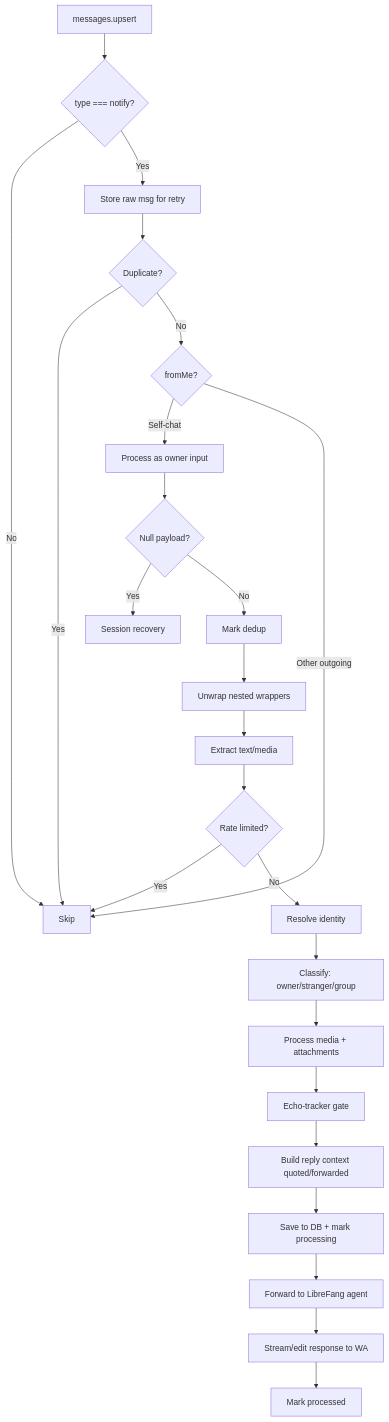
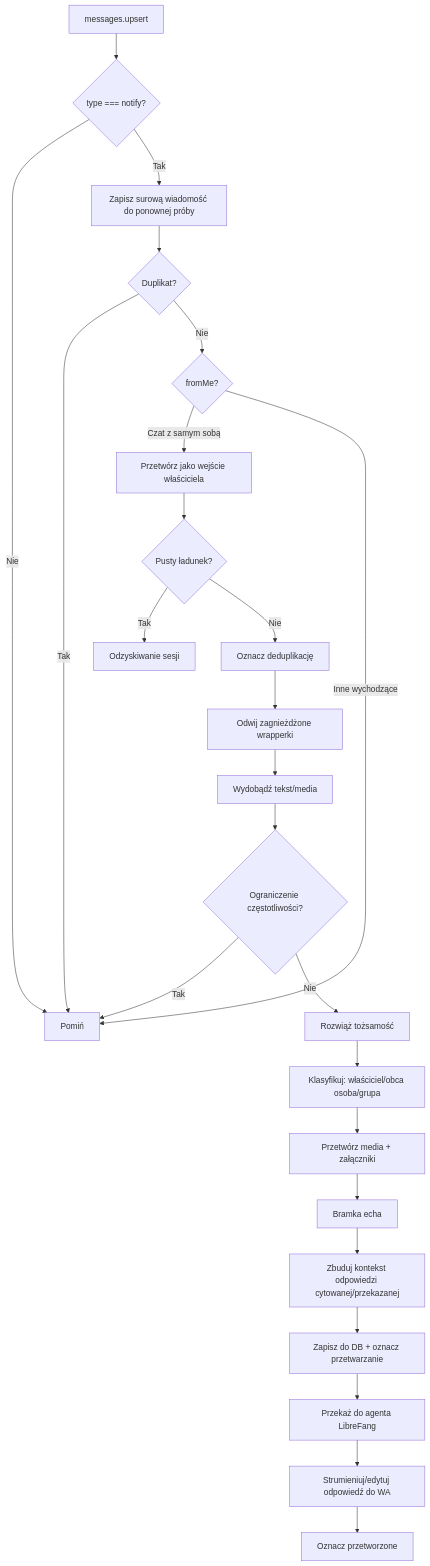
Before and after one commit to leszek3737/librefang-WIki: the second of 2 diagrams in packages-whatsapp-gateway.md, drawn with Mermaid. The commit also changed other lines of this file and 104 other files, not shown here.

````diff
--- a/packages-whatsapp-gateway.md
+++ b/packages-whatsapp-gateway.md
@@ -125,27 +125,27 @@
 ```mermaid
 graph TD
     A[messages.upsert] --> B{type === notify?}
-    B -->|No| Z[Skip]
-    B -->|Yes| C[Store raw msg for retry]
-    C --> D{Duplicate?}
-    D -->|Yes| Z
-    D -->|No| E{fromMe?}
-    E -->|Self-chat| F[Process as owner input]
-    E -->|Other outgoing| Z
-    F --> G{Null payload?}
-    G -->|Yes| H[Session recovery]
-    G -->|No| I[Mark dedup]
-    I --> J[Unwrap nested wrappers]
-    J --> K[Extract text/media]
-    K --> L{Rate limited?}
-    L -->|Yes| Z
-    L -->|No| M[Resolve identity]
-    M --> N[Classify: owner/stranger/group]
-    N --> O[Process media + attachments]
-    O --> P[Echo-tracker gate]
-    P --> Q[Build reply context quoted/forwarded]
-    Q --> R[Save to DB + mark processing]
-    R --> S[Forward to LibreFang agent]
-    S --> T[Stream/edit response to WA]
-    T --> U[Mark processed]
+    B -->|Nie| Z[Pomiń]
+    B -->|Tak| C[Zapisz surową wiadomość do ponownej próby]
+    C --> D{Duplikat?}
+    D -->|Tak| Z
+    D -->|Nie| E{fromMe?}
+    E -->|Czat z samym sobą| F[Przetwórz jako wejście właściciela]
+    E -->|Inne wychodzące| Z
+    F --> G{Pusty ładunek?}
+    G -->|Tak| H[Odzyskiwanie sesji]
+    G -->|Nie| I[Oznacz deduplikację]
+    I --> J[Odwij zagnieżdżone wrapperki]
+    J --> K[Wydobądź tekst/media]
+    K --> L{Ograniczenie częstotliwości?}
+    L -->|Tak| Z
+    L -->|Nie| M[Rozwiąż tożsamość]
+    M --> N[Klasyfikuj: właściciel/obca osoba/grupa]
+    N --> O[Przetwórz media + załączniki]
+    O --> P[Bramka echa]
+    P --> Q[Zbuduj kontekst odpowiedzi cytowanej/przekazanej]
+    Q --> R[Zapisz do DB + oznacz przetwarzanie]
+    R --> S[Przekaż do agenta LibreFang]
+    S --> T[Strumieniuj/edytuj odpowiedź do WA]
+    T --> U[Oznacz przetworzone]
 ```
````
